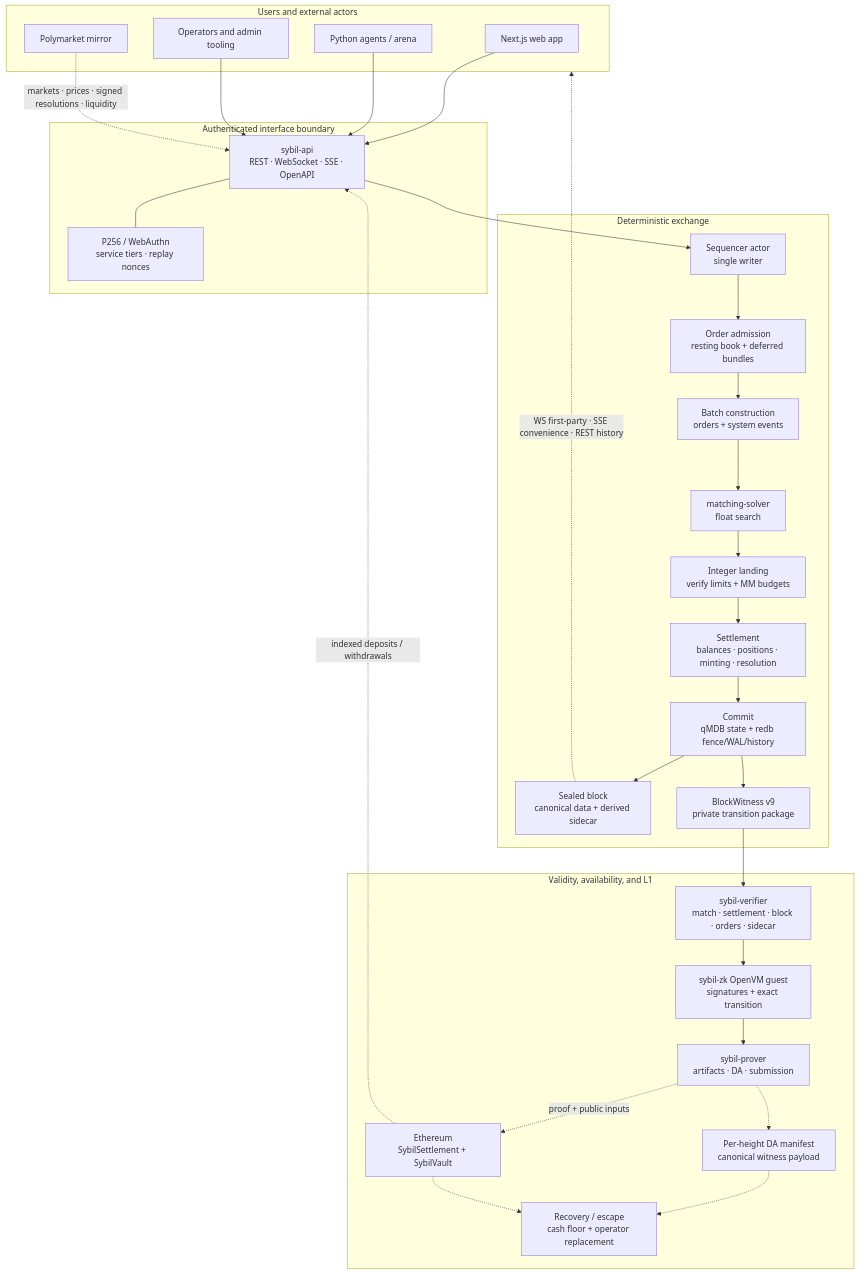
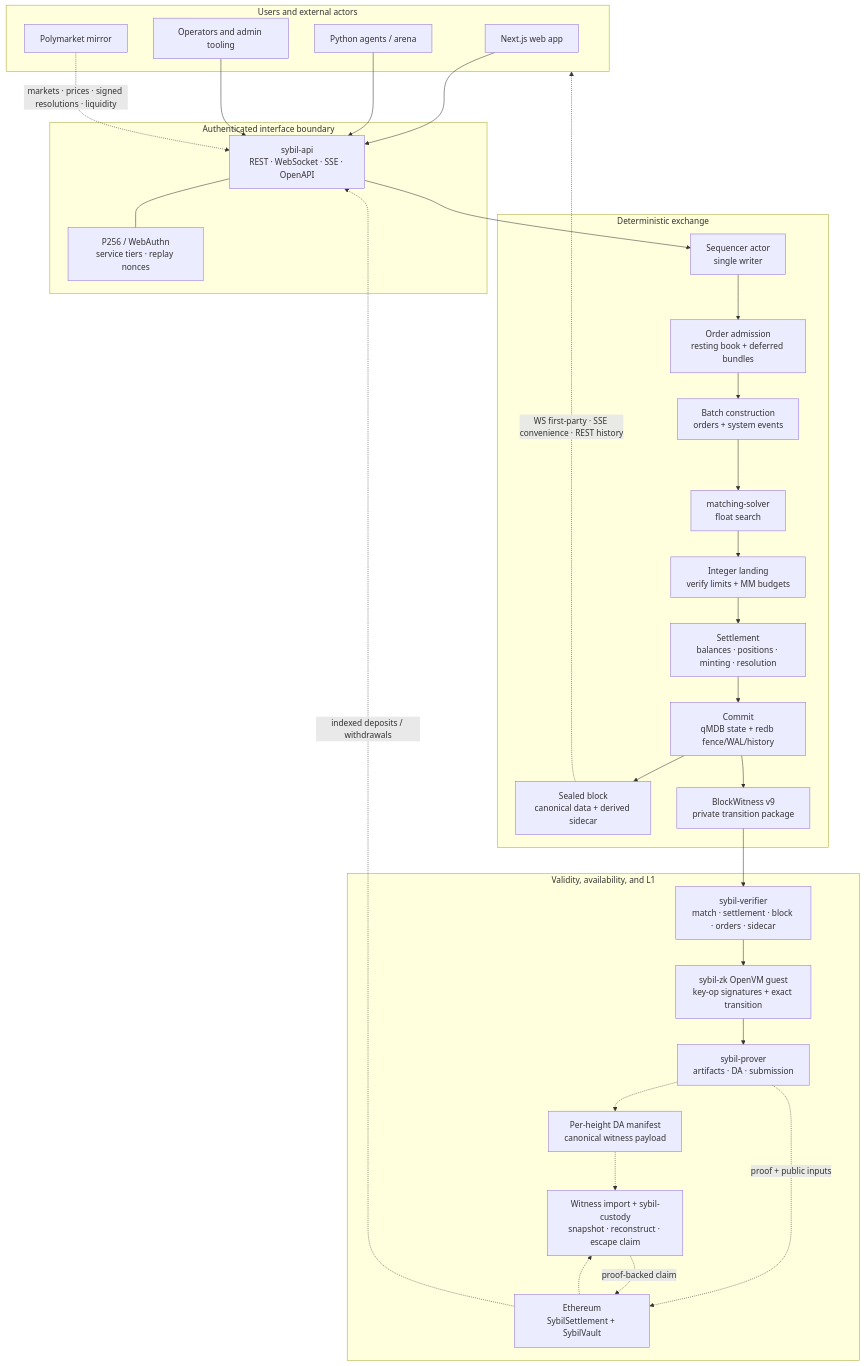
Before and after one commit to MetaB0y/sybil: the first of 2 diagrams in docs/architecture/Sybil Architecture.md, drawn with Mermaid. The commit also changed other lines of this file and 103 other files, not shown here.

````diff
--- a/docs/architecture/Sybil Architecture.md
+++ b/docs/architecture/Sybil Architecture.md
@@ -21,54 +21,55 @@
 ```mermaid
 flowchart TB
     subgraph users["Users and external actors"]
         WEB["Next.js web app"]
         BOTS["Python agents / arena"]
         PM["Polymarket mirror"]
         OPS["Operators and admin tooling"]
     end
 
     subgraph edge["Authenticated interface boundary"]
         API["sybil-api<br/>REST · WebSocket · SSE · OpenAPI"]
         AUTH["P256 / WebAuthn<br/>service tiers · replay nonces"]
         API --- AUTH
     end
 
     subgraph exchange["Deterministic exchange"]
         ACTOR["Sequencer actor<br/>single writer"]
         ADMIT["Order admission<br/>resting book + deferred bundles"]
         BATCH["Batch construction<br/>orders + system events"]
         SOLVE["matching-solver<br/>float search"]
         LAND["Integer landing<br/>verify limits + MM budgets"]
         SETTLE["Settlement<br/>balances · positions · minting · resolution"]
         STORE["Commit<br/>qMDB state + redb fence/WAL/history"]
         BLOCK["Sealed block<br/>canonical data + derived sidecar"]
         WIT["BlockWitness v9<br/>private transition package"]
 
         ACTOR --> ADMIT --> BATCH --> SOLVE --> LAND --> SETTLE --> STORE
         STORE --> BLOCK
         STORE --> WIT
     end
 
     subgraph validity["Validity, availability, and L1"]
         VERIFY["sybil-verifier<br/>match · settlement · block · orders · sidecar"]
-        GUEST["sybil-zk OpenVM guest<br/>signatures + exact transition"]
+        GUEST["sybil-zk OpenVM guest<br/>key-op signatures + exact transition"]
         PROVER["sybil-prover<br/>artifacts · DA · submission"]
         DA["Per-height DA manifest<br/>canonical witness payload"]
         L1["Ethereum<br/>SybilSettlement + SybilVault"]
-        ESCAPE["Recovery / escape<br/>cash floor + operator replacement"]
+        ESCAPE["Witness import + sybil-custody<br/>snapshot · reconstruct · escape claim"]
 
         WIT --> VERIFY --> GUEST --> PROVER
         PROVER -.-> DA
         PROVER -.->|"proof + public inputs"| L1
         DA -.-> ESCAPE
         L1 -.-> ESCAPE
+        ESCAPE -.->|"proof-backed claim"| L1
     end
 
     WEB --> API
     BOTS --> API
     OPS --> API
     PM -.->|"markets · prices · signed resolutions · liquidity"| API
     API --> ACTOR
     BLOCK -.->|"WS first-party · SSE convenience · REST history"| users
     L1 -.->|"indexed deposits / withdrawals"| API
 ```
````
